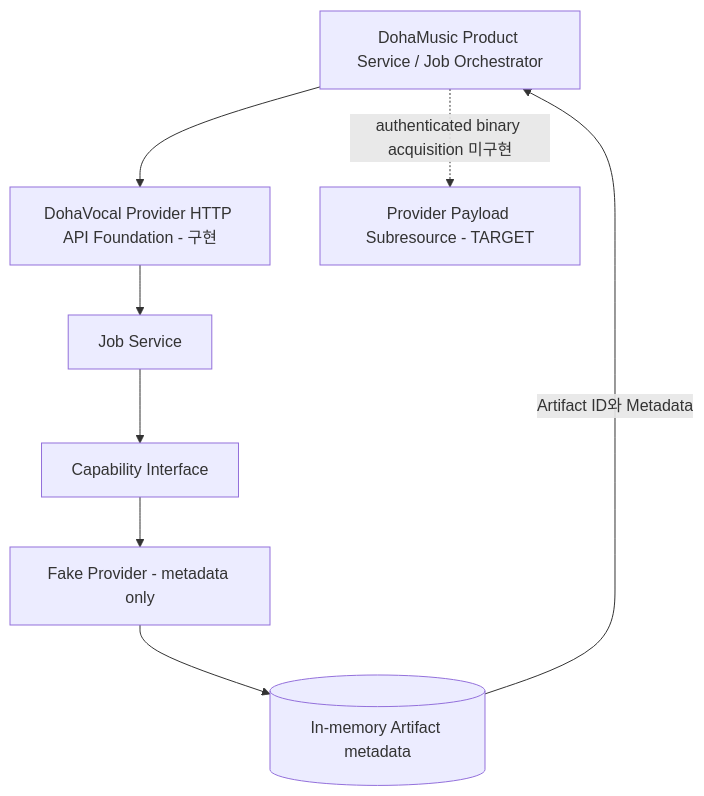
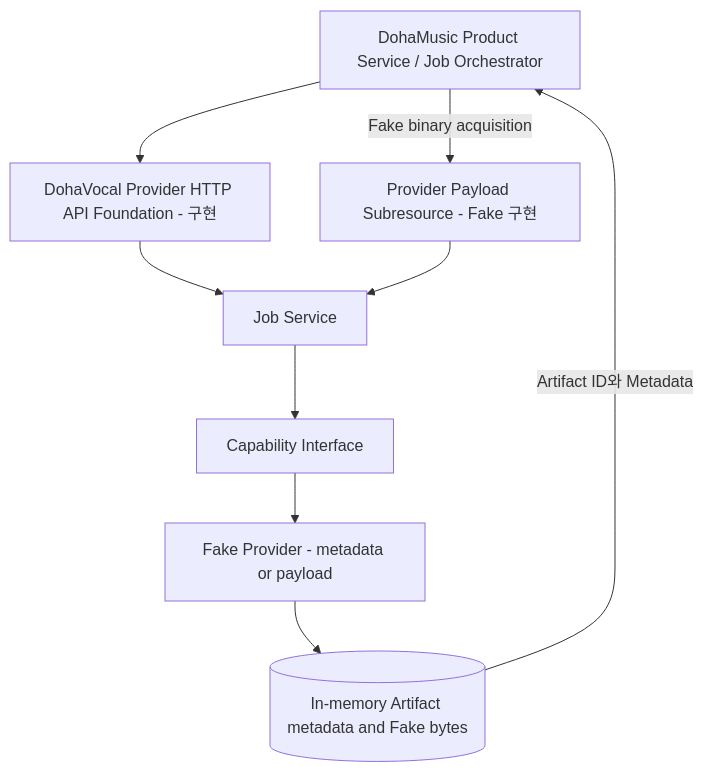
Before and after one commit to DohaStudio/DohaVocal: the diagram in docs/03-architecture/system-architecture.md, drawn with Mermaid. The commit also changed other lines of this file and 30 other files, not shown here.

Commit message:
feat: payload-backed Fake Runtime 기반 구현

````diff
--- a/docs/03-architecture/system-architecture.md
+++ b/docs/03-architecture/system-architecture.md
@@ -5,14 +5,15 @@
 ```mermaid
 flowchart TB
     DM[DohaMusic Product Service / Job Orchestrator]
     API[DohaVocal Provider HTTP API Foundation - 구현]
     APP[Job Service]
     CAP[Capability Interface]
-    ADP[Fake Provider - metadata only]
-    ART[(In-memory Artifact metadata)]
-    PAY[Provider Payload Subresource - TARGET]
+    ADP[Fake Provider - metadata or payload]
+    ART[(In-memory Artifact metadata and Fake bytes)]
+    PAY[Provider Payload Subresource - Fake 구현]
 
     DM --> API --> APP --> CAP --> ADP --> ART
     ART -->|Artifact ID와 Metadata| DM
-    DM -. authenticated binary acquisition 미구현 .-> PAY
+    DM -->|Fake binary acquisition| PAY
+    PAY --> APP
 ```
````
